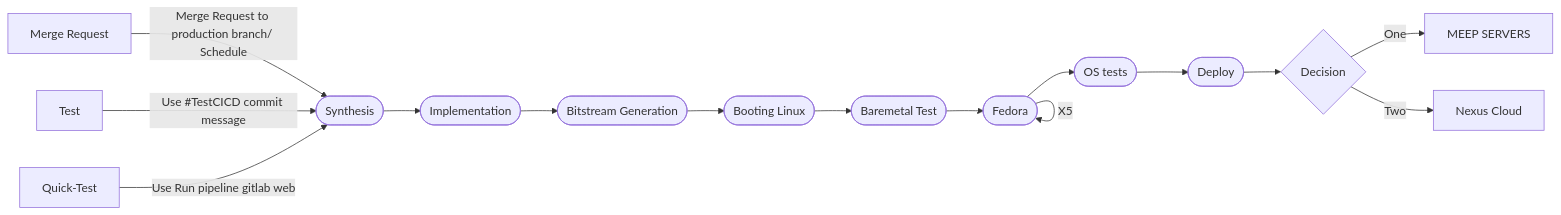
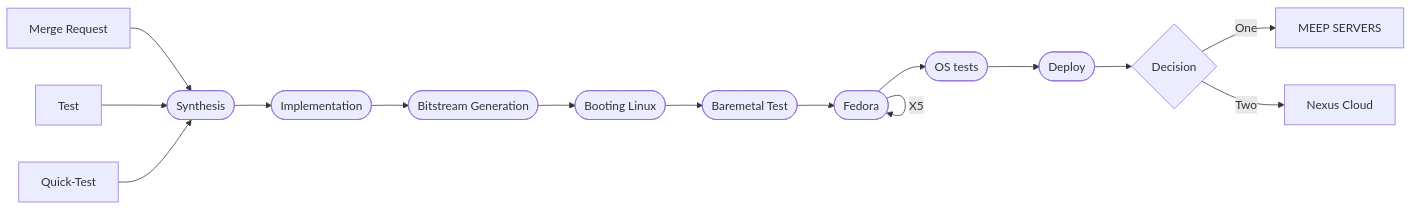
Before and after one commit to MEEPproject/fpga_shell: the diagram in README.md, drawn with Mermaid.

Commit message:
Updated README  file

````diff
--- a/README.md
+++ b/README.md
@@ -234,18 +234,18 @@
 ```mermaid
 flowchart LR
-    A[Merge Request]  -- Merge Request to production branch/ Schedule --> B([Synthesis])
-    T[Test]  -- Use #TestCICD commit message --> B([Synthesis])
-    Q[Quick-Test]  --  Use Run pipeline gitlab web --> B([Synthesis])
+    A[Merge Request]  --> B([Synthesis])
+    T[Test]  --> B([Synthesis])
+    Q[Quick-Test]  --> B([Synthesis])
     B --> C([Implementation])
     C --> D([Bitstream Generation])
     D --> E([Booting Linux])
     E --> F([Baremetal Test])
     F --> G([Fedora])
     G -- X5 --> G([Fedora])
     G --> H([OS tests])
     H --> I([Deploy])
 
     I --> J{Decision}
     J -->|One| K[MEEP SERVERS]
     J -->|Two| L[Nexus Cloud]
 ```
````
